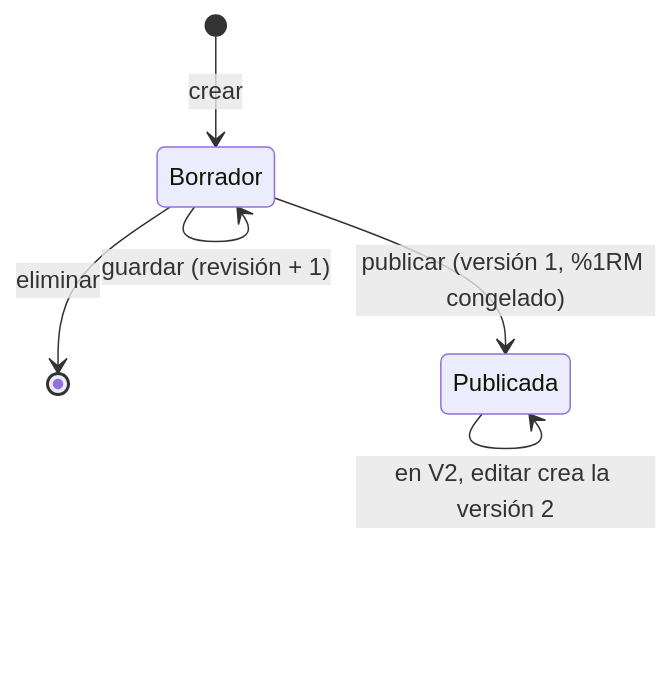
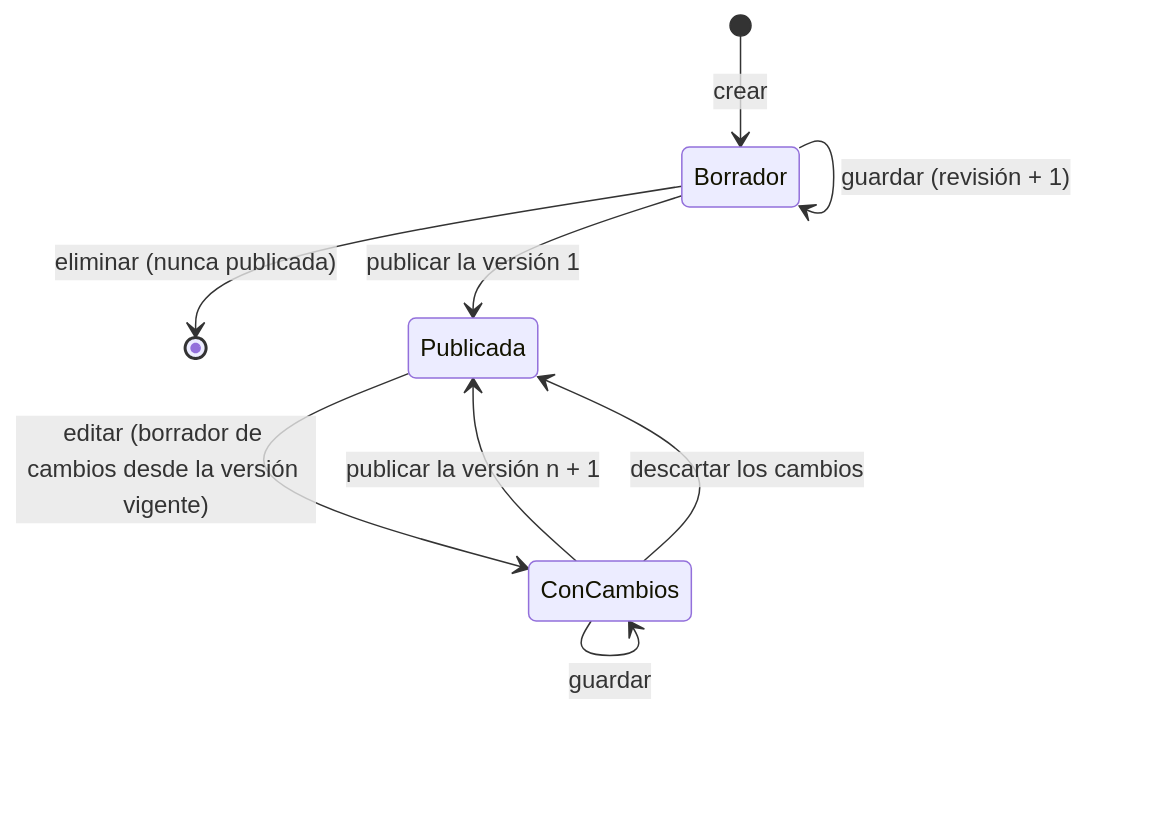
One commit to davidperez29-jpg/david changed the third of 3 diagrams in docs/V1_SPEC.md. Above: the diagram before and after it, drawn with Mermaid. The commit also changed other lines of this file and 9 other files, not shown here.

````diff
--- a/docs/V1_SPEC.md
+++ b/docs/V1_SPEC.md
@@ -526,8 +482,11 @@
 ```mermaid
 stateDiagram-v2
   [*] --> Borrador: crear
   Borrador --> Borrador: guardar (revisión + 1)
-  Borrador --> [*]: eliminar
-  Borrador --> Publicada: publicar (versión 1, %1RM congelado)
-  Publicada --> Publicada: en V2, editar crea la versión 2
+  Borrador --> [*]: eliminar (nunca publicada)
+  Borrador --> Publicada: publicar la versión 1
+  Publicada --> ConCambios: editar (borrador de cambios desde la versión vigente)
+  ConCambios --> ConCambios: guardar
+  ConCambios --> Publicada: publicar la versión n + 1
+  ConCambios --> Publicada: descartar los cambios
 ```
````
